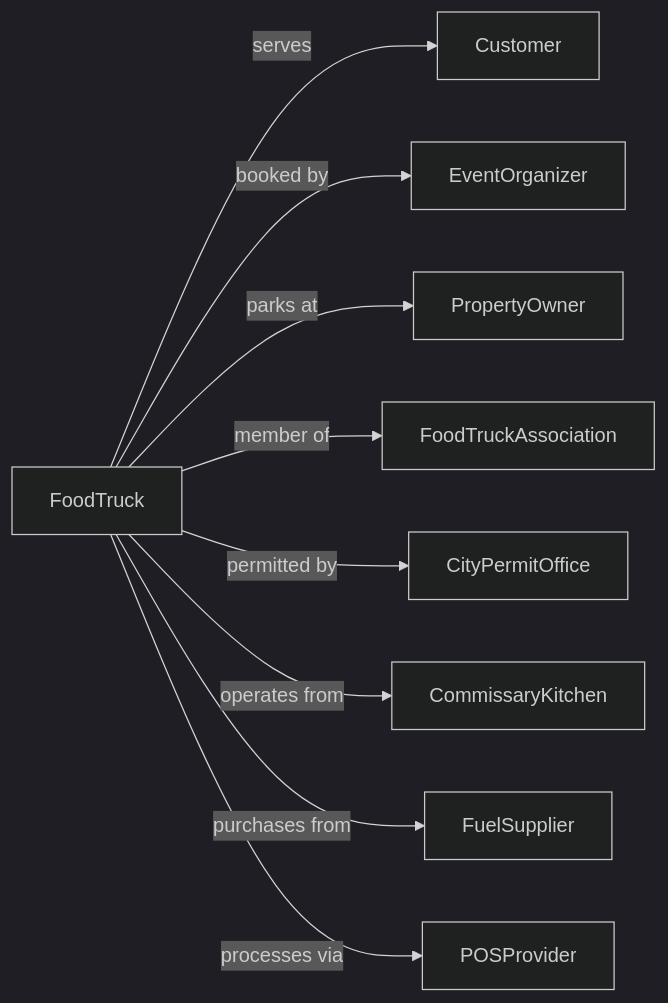
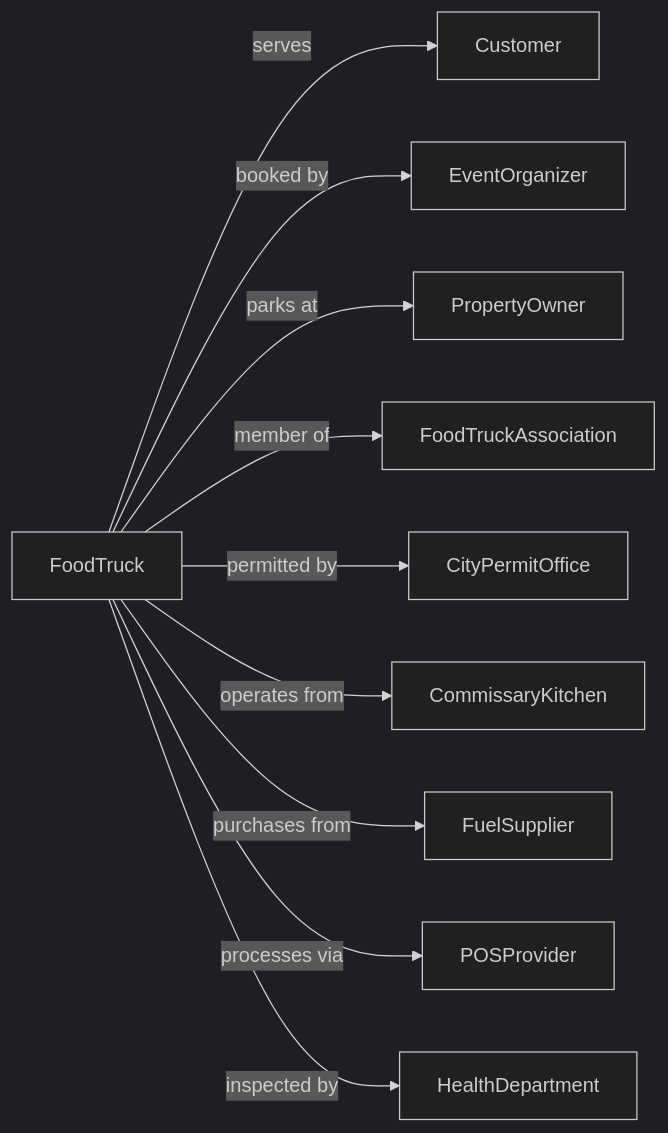
The second of 2 diagrams in Accommodation/FoodServicesAndDrinkingPlaces/SpecialFoodServices/MobileFoodServices.mdx (dot-org-ai/industries.org.ai), drawn with Mermaid (dark theme) before and after one commit. The commit also changed 588 other files, not shown here.

````diff
--- a/Accommodation/FoodServicesAndDrinkingPlaces/SpecialFoodServices/MobileFoodServices.mdx
+++ b/Accommodation/FoodServicesAndDrinkingPlaces/SpecialFoodServices/MobileFoodServices.mdx
@@ -135,13 +135,14 @@
 ```mermaid
 graph LR
     F[FoodTruck]
 
     F -->|serves| Customer
     F -->|booked by| EventOrganizer
     F -->|parks at| PropertyOwner
     F -->|member of| FoodTruckAssociation
     F -->|permitted by| CityPermitOffice
     F -->|operates from| CommissaryKitchen
     F -->|purchases from| FuelSupplier
     F -->|processes via| POSProvider
+    F -->|inspected by| HealthDepartment
 ```
````
